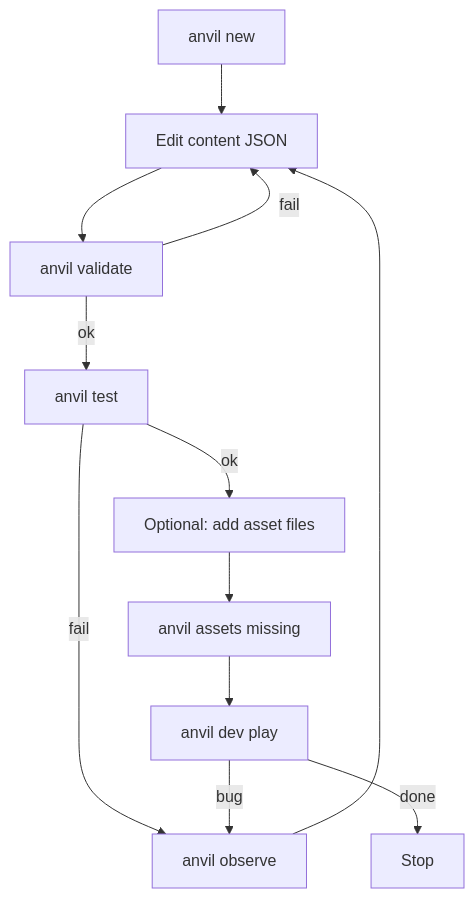
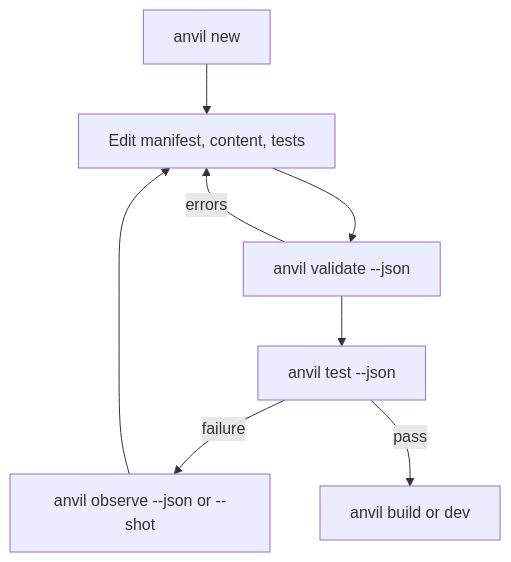
One commit to 7etsuo/anvil changed the diagram in anvil/docs/design/05_AGENT_COMPUTER_INTERFACE.md. Above: the diagram before and after it, drawn with Mermaid. The commit also changed other lines of this file and 84 other files, not shown here.

````diff
--- a/anvil/docs/design/05_AGENT_COMPUTER_INTERFACE.md
+++ b/anvil/docs/design/05_AGENT_COMPUTER_INTERFACE.md
@@ -52,14 +36,10 @@
 ```mermaid
 flowchart TD
-  A[anvil new] --> B[Edit content JSON]
-  B --> C[anvil validate]
-  C -->|fail| B
-  C -->|ok| D[anvil test]
-  D -->|fail| E[anvil observe]
-  E --> B
-  D -->|ok| F[Optional: add asset files]
-  F --> G[anvil assets missing]
-  G --> H[anvil dev play]
-  H -->|bug| E
-  H -->|done| I[Stop]
+  New[anvil new] --> Edit[Edit manifest, content, tests]
+  Edit --> Validate[anvil validate --json]
+  Validate -->|errors| Edit
+  Validate --> Test[anvil test --json]
+  Test -->|failure| Observe[anvil observe --json or --shot]
+  Observe --> Edit
+  Test -->|pass| Build[anvil build or dev]
 ```
````
